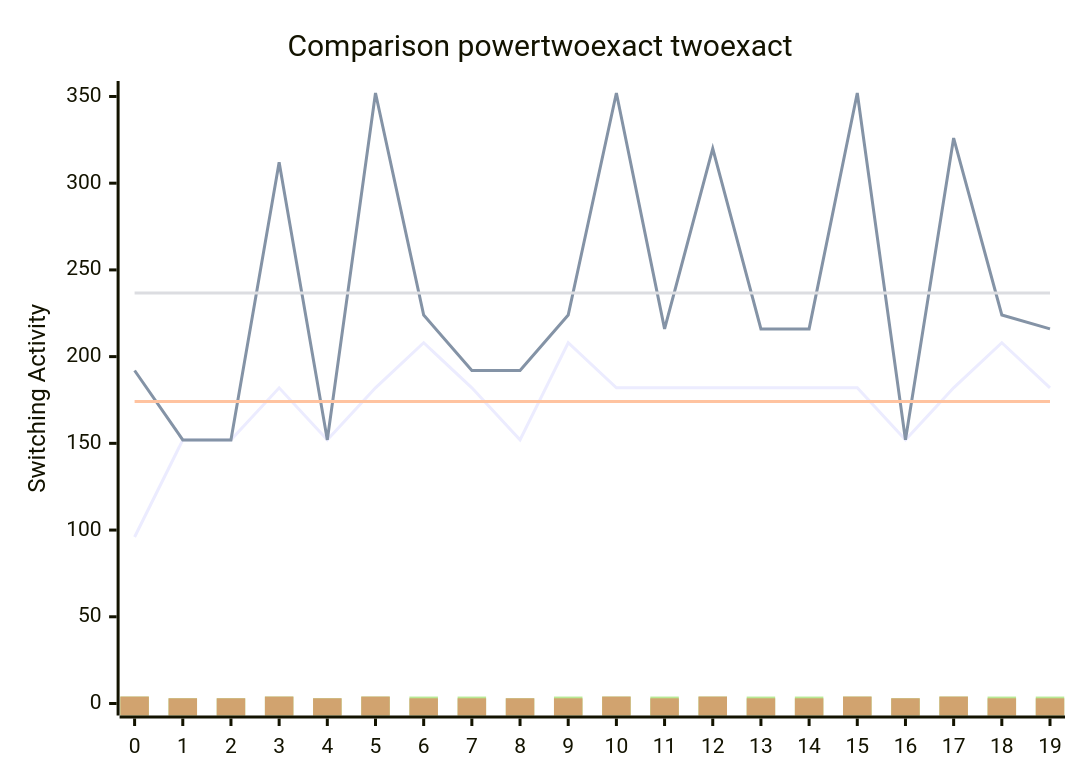
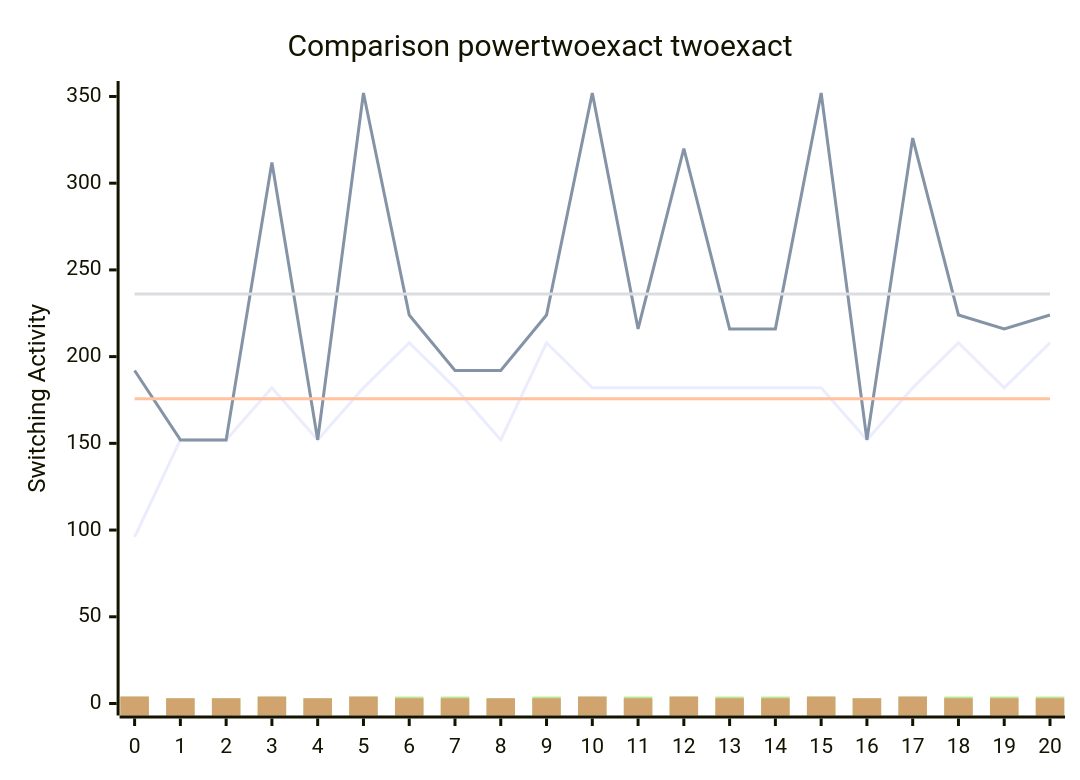
Before and after one commit to FeldmeierMichael/Exact-Power-Synthesis: the diagram in benchmark.md, drawn with Mermaid. The commit also changed other lines of this file and 2 other files, not shown here.

````diff
--- a/benchmark.md
+++ b/benchmark.md
@@ -41,12 +43,12 @@
 ```mermaid
 xychart-beta
     title "Comparison powertwoexact twoexact"
-    x-axis [0, 1, 2, 3, 4, 5, 6, 7, 8, 9, 10, 11, 12, 13, 14, 15, 16, 17, 18, 19]
+    x-axis [0, 1, 2, 3, 4, 5, 6, 7, 8, 9, 10, 11, 12, 13, 14, 15, 16, 17, 18, 19, 20]
     y-axis "Switching Activity" 0-->352
-    line [96, 152, 152, 182, 152, 182, 208, 182, 152, 208, 182, 182, 182, 182, 182, 182, 152, 182, 208, 182]
-    line [192, 152, 152, 312, 152, 352, 224, 192, 192, 224, 352, 216, 320, 216, 216, 352, 152, 326, 224, 216]
-    line [174.1, 174.1, 174.1, 174.1, 174.1, 174.1, 174.1, 174.1, 174.1, 174.1, 174.1, 174.1, 174.1, 174.1, 174.1, 174.1, 174.1, 174.1, 174.1, 174.1]
-    line [236.7, 236.7, 236.7, 236.7, 236.7, 236.7, 236.7, 236.7, 236.7, 236.7, 236.7, 236.7, 236.7, 236.7, 236.7, 236.7, 236.7, 236.7, 236.7, 236.7]
-    bar [4, 3, 3, 4, 3, 4, 4, 4, 3, 4, 4, 4, 4, 4, 4, 4, 3, 4, 4, 4, 4, 3, 3, 4, 3, 4, 4, 4, 3, 4, 4, 4, 4, 4, 4, 4, 3, 4, 4, 4, 4, 3, 3, 4, 3, 4, 4, 4, 3, 4, 4, 4, 4, 4, 4, 4, 3, 4, 4, 4, 4, 3, 3, 4, 3, 4, 4, 4, 3, 4, 4, 4, 4, 4, 4, 4, 3, 4, 4, 4, 4, 3, 3, 4, 3, 4, 4, 4, 3, 4, 4, 4, 4, 4, 4, 4, 3, 4, 4, 4, 4, 3, 3, 4, 3, 4, 4, 4, 3, 4, 4, 4, 4, 4, 4, 4, 3, 4, 4, 4, 4, 3, 3, 4, 3, 4, 4, 4, 3, 4, 4, 4, 4, 4, 4, 4, 3, 4, 4, 4, 4, 3, 3, 4, 3, 4, 4, 4, 3, 4, 4, 4, 4, 4, 4, 4, 3, 4, 4, 4, 4, 3, 3, 4, 3, 4, 4, 4, 3, 4, 4, 4, 4, 4, 4, 4, 3, 4, 4, 4, 4, 3, 3, 4, 3, 4, 4, 4, 3, 4, 4, 4, 4, 4, 4, 4, 3, 4, 4, 4, 4, 3, 3, 4, 3, 4, 4, 4, 3, 4, 4, 4, 4, 4, 4, 4, 3, 4, 4, 4, 4, 3, 3, 4, 3, 4, 4, 4, 3, 4, 4, 4, 4, 4, 4, 4, 3, 4, 4, 4, 4, 3, 3, 4, 3, 4, 4, 4, 3, 4, 4, 4, 4, 4, 4, 4, 3, 4, 4, 4, 4, 3, 3, 4, 3, 4, 4, 4, 3, 4, 4, 4, 4, 4, 4, 4, 3, 4, 4, 4, 4, 3, 3, 4, 3, 4, 4, 4, 3, 4, 4, 4, 4, 4, 4, 4, 3, 4, 4, 4, 4, 3, 3, 4, 3, 4, 4, 4, 3, 4, 4, 4, 4, 4, 4, 4, 3, 4, 4, 4, 4, 3, 3, 4, 3, 4, 4, 4, 3, 4, 4, 4, 4, 4, 4, 4, 3, 4, 4, 4, 4, 3, 3, 4, 3, 4, 4, 4, 3, 4, 4, 4, 4, 4, 4, 4, 3, 4, 4, 4, 4, 3, 3, 4, 3, 4, 4, 4, 3, 4, 4, 4, 4, 4, 4, 4, 3, 4, 4, 4, 4, 3, 3, 4, 3, 4, 4, 4, 3, 4, 4, 4, 4, 4, 4, 4, 3, 4, 4, 4]
-    bar [4, 3, 3, 4, 3, 4, 3, 3, 3, 3, 4, 3, 4, 3, 3, 4, 3, 4, 3, 3, 4, 3, 3, 4, 3, 4, 3, 3, 3, 3, 4, 3, 4, 3, 3, 4, 3, 4, 3, 3, 4, 3, 3, 4, 3, 4, 3, 3, 3, 3, 4, 3, 4, 3, 3, 4, 3, 4, 3, 3, 4, 3, 3, 4, 3, 4, 3, 3, 3, 3, 4, 3, 4, 3, 3, 4, 3, 4, 3, 3, 4, 3, 3, 4, 3, 4, 3, 3, 3, 3, 4, 3, 4, 3, 3, 4, 3, 4, 3, 3, 4, 3, 3, 4, 3, 4, 3, 3, 3, 3, 4, 3, 4, 3, 3, 4, 3, 4, 3, 3, 4, 3, 3, 4, 3, 4, 3, 3, 3, 3, 4, 3, 4, 3, 3, 4, 3, 4, 3, 3, 4, 3, 3, 4, 3, 4, 3, 3, 3, 3, 4, 3, 4, 3, 3, 4, 3, 4, 3, 3, 4, 3, 3, 4, 3, 4, 3, 3, 3, 3, 4, 3, 4, 3, 3, 4, 3, 4, 3, 3, 4, 3, 3, 4, 3, 4, 3, 3, 3, 3, 4, 3, 4, 3, 3, 4, 3, 4, 3, 3, 4, 3, 3, 4, 3, 4, 3, 3, 3, 3, 4, 3, 4, 3, 3, 4, 3, 4, 3, 3, 4, 3, 3, 4, 3, 4, 3, 3, 3, 3, 4, 3, 4, 3, 3, 4, 3, 4, 3, 3, 4, 3, 3, 4, 3, 4, 3, 3, 3, 3, 4, 3, 4, 3, 3, 4, 3, 4, 3, 3, 4, 3, 3, 4, 3, 4, 3, 3, 3, 3, 4, 3, 4, 3, 3, 4, 3, 4, 3, 3, 4, 3, 3, 4, 3, 4, 3, 3, 3, 3, 4, 3, 4, 3, 3, 4, 3, 4, 3, 3, 4, 3, 3, 4, 3, 4, 3, 3, 3, 3, 4, 3, 4, 3, 3, 4, 3, 4, 3, 3, 4, 3, 3, 4, 3, 4, 3, 3, 3, 3, 4, 3, 4, 3, 3, 4, 3, 4, 3, 3, 4, 3, 3, 4, 3, 4, 3, 3, 3, 3, 4, 3, 4, 3, 3, 4, 3, 4, 3, 3, 4, 3, 3, 4, 3, 4, 3, 3, 3, 3, 4, 3, 4, 3, 3, 4, 3, 4, 3, 3, 4, 3, 3, 4, 3, 4, 3, 3, 3, 3, 4, 3, 4, 3, 3, 4, 3, 4, 3, 3]
+    line [96, 152, 152, 182, 152, 182, 208, 182, 152, 208, 182, 182, 182, 182, 182, 182, 152, 182, 208, 182, 208]
+    line [192, 152, 152, 312, 152, 352, 224, 192, 192, 224, 352, 216, 320, 216, 216, 352, 152, 326, 224, 216, 224]
+    line [175.71428571428572, 175.71428571428572, 175.71428571428572, 175.71428571428572, 175.71428571428572, 175.71428571428572, 175.71428571428572, 175.71428571428572, 175.71428571428572, 175.71428571428572, 175.71428571428572, 175.71428571428572, 175.71428571428572, 175.71428571428572, 175.71428571428572, 175.71428571428572, 175.71428571428572, 175.71428571428572, 175.71428571428572, 175.71428571428572, 175.71428571428572]
+    line [236.0952380952381, 236.0952380952381, 236.0952380952381, 236.0952380952381, 236.0952380952381, 236.0952380952381, 236.0952380952381, 236.0952380952381, 236.0952380952381, 236.0952380952381, 236.0952380952381, 236.0952380952381, 236.0952380952381, 236.0952380952381, 236.0952380952381, 236.0952380952381, 236.0952380952381, 236.0952380952381, 236.0952380952381, 236.0952380952381, 236.0952380952381]
+    bar [4, 3, 3, 4, 3, 4, 4, 4, 3, 4, 4, 4, 4, 4, 4, 4, 3, 4, 4, 4, 4, 4, 3, 3, 4, 3, 4, 4, 4, 3, 4, 4, 4, 4, 4, 4, 4, 3, 4, 4, 4, 4, 4, 3, 3, 4, 3, 4, 4, 4, 3, 4, 4, 4, 4, 4, 4, 4, 3, 4, 4, 4, 4, 4, 3, 3, 4, 3, 4, 4, 4, 3, 4, 4, 4, 4, 4, 4, 4, 3, 4, 4, 4, 4, 4, 3, 3, 4, 3, 4, 4, 4, 3, 4, 4, 4, 4, 4, 4, 4, 3, 4, 4, 4, 4, 4, 3, 3, 4, 3, 4, 4, 4, 3, 4, 4, 4, 4, 4, 4, 4, 3, 4, 4, 4, 4, 4, 3, 3, 4, 3, 4, 4, 4, 3, 4, 4, 4, 4, 4, 4, 4, 3, 4, 4, 4, 4, 4, 3, 3, 4, 3, 4, 4, 4, 3, 4, 4, 4, 4, 4, 4, 4, 3, 4, 4, 4, 4, 4, 3, 3, 4, 3, 4, 4, 4, 3, 4, 4, 4, 4, 4, 4, 4, 3, 4, 4, 4, 4, 4, 3, 3, 4, 3, 4, 4, 4, 3, 4, 4, 4, 4, 4, 4, 4, 3, 4, 4, 4, 4, 4, 3, 3, 4, 3, 4, 4, 4, 3, 4, 4, 4, 4, 4, 4, 4, 3, 4, 4, 4, 4, 4, 3, 3, 4, 3, 4, 4, 4, 3, 4, 4, 4, 4, 4, 4, 4, 3, 4, 4, 4, 4, 4, 3, 3, 4, 3, 4, 4, 4, 3, 4, 4, 4, 4, 4, 4, 4, 3, 4, 4, 4, 4, 4, 3, 3, 4, 3, 4, 4, 4, 3, 4, 4, 4, 4, 4, 4, 4, 3, 4, 4, 4, 4, 4, 3, 3, 4, 3, 4, 4, 4, 3, 4, 4, 4, 4, 4, 4, 4, 3, 4, 4, 4, 4, 4, 3, 3, 4, 3, 4, 4, 4, 3, 4, 4, 4, 4, 4, 4, 4, 3, 4, 4, 4, 4, 4, 3, 3, 4, 3, 4, 4, 4, 3, 4, 4, 4, 4, 4, 4, 4, 3, 4, 4, 4, 4, 4, 3, 3, 4, 3, 4, 4, 4, 3, 4, 4, 4, 4, 4, 4, 4, 3, 4, 4, 4, 4, 4, 3, 3, 4, 3, 4, 4, 4, 3, 4, 4, 4, 4, 4, 4, 4, 3, 4, 4, 4, 4, 4, 3, 3, 4, 3, 4, 4, 4, 3, 4, 4, 4, 4, 4, 4, 4, 3, 4, 4, 4, 4]
+    bar [4, 3, 3, 4, 3, 4, 3, 3, 3, 3, 4, 3, 4, 3, 3, 4, 3, 4, 3, 3, 3, 4, 3, 3, 4, 3, 4, 3, 3, 3, 3, 4, 3, 4, 3, 3, 4, 3, 4, 3, 3, 3, 4, 3, 3, 4, 3, 4, 3, 3, 3, 3, 4, 3, 4, 3, 3, 4, 3, 4, 3, 3, 3, 4, 3, 3, 4, 3, 4, 3, 3, 3, 3, 4, 3, 4, 3, 3, 4, 3, 4, 3, 3, 3, 4, 3, 3, 4, 3, 4, 3, 3, 3, 3, 4, 3, 4, 3, 3, 4, 3, 4, 3, 3, 3, 4, 3, 3, 4, 3, 4, 3, 3, 3, 3, 4, 3, 4, 3, 3, 4, 3, 4, 3, 3, 3, 4, 3, 3, 4, 3, 4, 3, 3, 3, 3, 4, 3, 4, 3, 3, 4, 3, 4, 3, 3, 3, 4, 3, 3, 4, 3, 4, 3, 3, 3, 3, 4, 3, 4, 3, 3, 4, 3, 4, 3, 3, 3, 4, 3, 3, 4, 3, 4, 3, 3, 3, 3, 4, 3, 4, 3, 3, 4, 3, 4, 3, 3, 3, 4, 3, 3, 4, 3, 4, 3, 3, 3, 3, 4, 3, 4, 3, 3, 4, 3, 4, 3, 3, 3, 4, 3, 3, 4, 3, 4, 3, 3, 3, 3, 4, 3, 4, 3, 3, 4, 3, 4, 3, 3, 3, 4, 3, 3, 4, 3, 4, 3, 3, 3, 3, 4, 3, 4, 3, 3, 4, 3, 4, 3, 3, 3, 4, 3, 3, 4, 3, 4, 3, 3, 3, 3, 4, 3, 4, 3, 3, 4, 3, 4, 3, 3, 3, 4, 3, 3, 4, 3, 4, 3, 3, 3, 3, 4, 3, 4, 3, 3, 4, 3, 4, 3, 3, 3, 4, 3, 3, 4, 3, 4, 3, 3, 3, 3, 4, 3, 4, 3, 3, 4, 3, 4, 3, 3, 3, 4, 3, 3, 4, 3, 4, 3, 3, 3, 3, 4, 3, 4, 3, 3, 4, 3, 4, 3, 3, 3, 4, 3, 3, 4, 3, 4, 3, 3, 3, 3, 4, 3, 4, 3, 3, 4, 3, 4, 3, 3, 3, 4, 3, 3, 4, 3, 4, 3, 3, 3, 3, 4, 3, 4, 3, 3, 4, 3, 4, 3, 3, 3, 4, 3, 3, 4, 3, 4, 3, 3, 3, 3, 4, 3, 4, 3, 3, 4, 3, 4, 3, 3, 3, 4, 3, 3, 4, 3, 4, 3, 3, 3, 3, 4, 3, 4, 3, 3, 4, 3, 4, 3, 3, 3]
 ```
````
